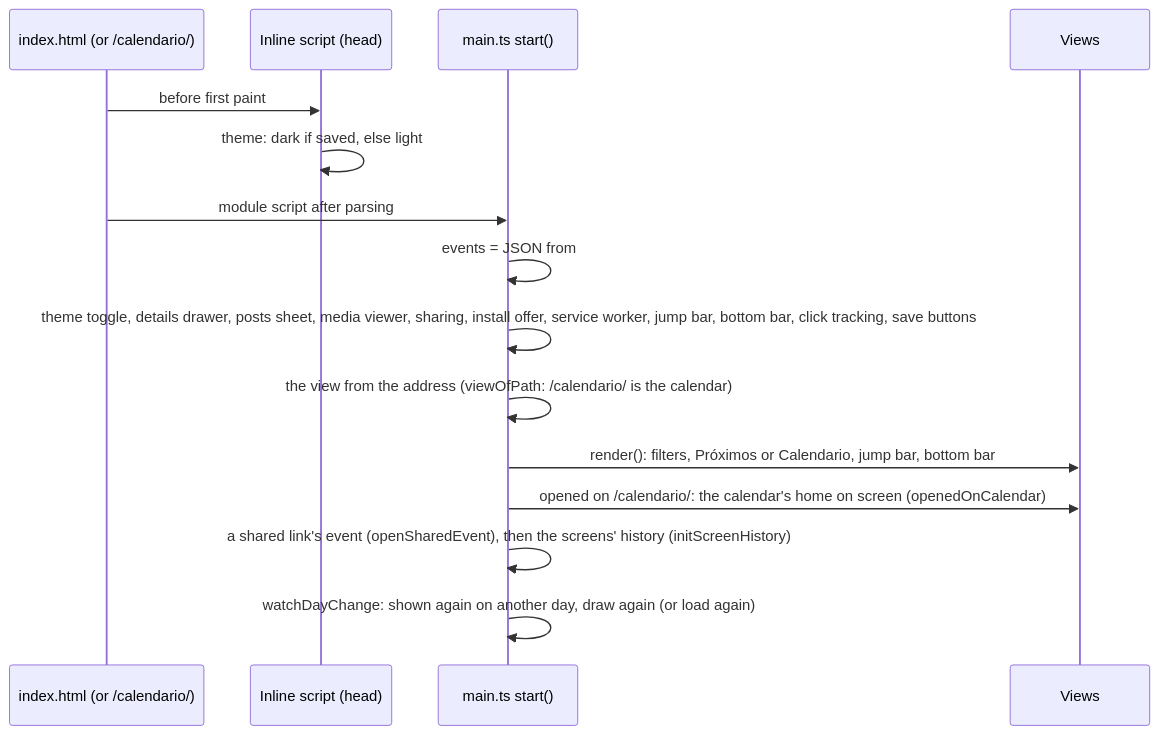
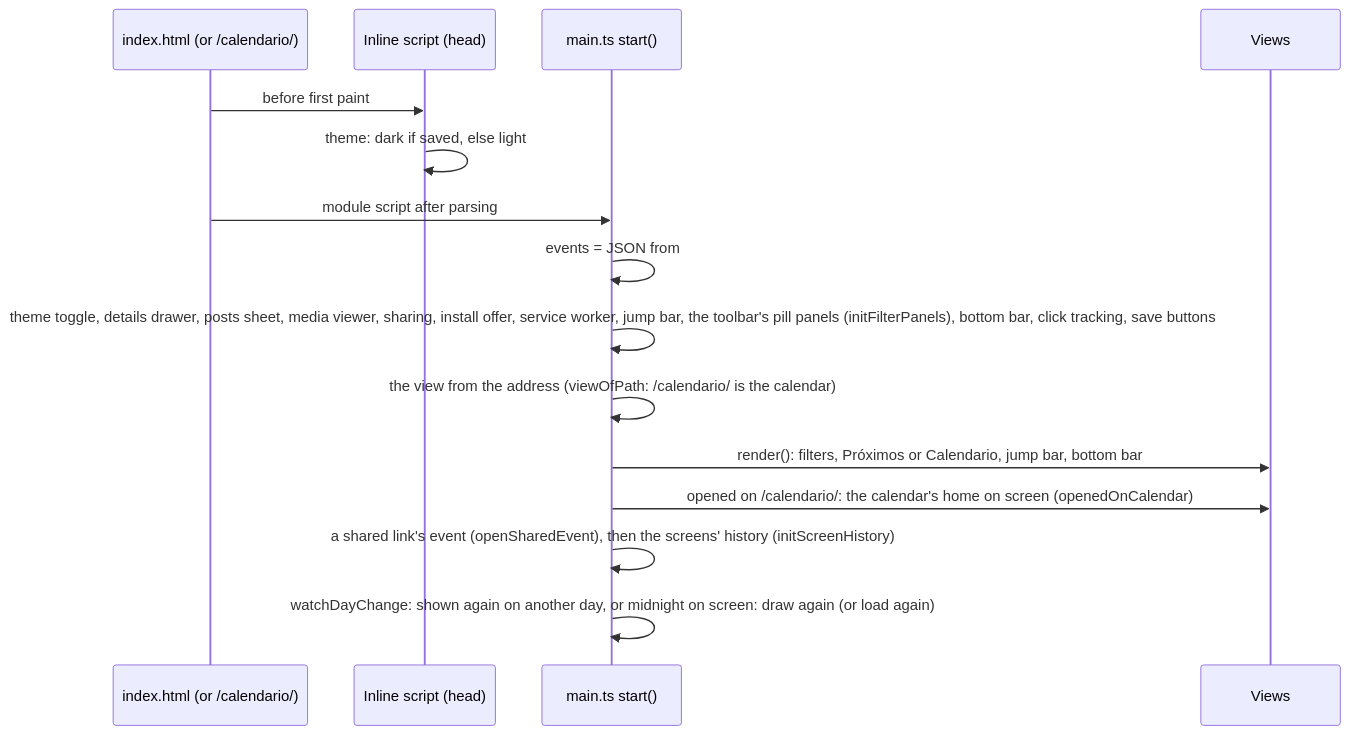
The sixth of 9 diagrams in docs/ARCHITECTURE.md (pa-bailar/pa-bailar.github.io), drawn with Mermaid before and after one commit. The commit also changed other lines of this file and 40 other files, not shown here.

First line of the commit message:
fix: second site review pass (filter panels, contrast, offline, midnight, names) and good practices (#111)

````diff
--- a/docs/ARCHITECTURE.md
+++ b/docs/ARCHITECTURE.md
@@ -335,18 +338,18 @@
 ```mermaid
 sequenceDiagram
     participant H as index.html (or /calendario/)
     participant I as Inline script (head)
     participant M as main.ts start()
     participant V as Views
 
     H->>I: before first paint
     I->>I: theme: dark if saved, else light
     H->>M: module script after parsing
     M->>M: events = JSON from #events-data
-    M->>M: theme toggle, details drawer, posts sheet, media viewer, sharing, install offer, service worker, jump bar, bottom bar, click tracking, save buttons
+    M->>M: theme toggle, details drawer, posts sheet, media viewer, sharing, install offer, service worker, jump bar, the toolbar's pill panels (initFilterPanels), bottom bar, click tracking, save buttons
     M->>M: the view from the address (viewOfPath: /calendario/ is the calendar)
     M->>V: render(): filters, Próximos or Calendario, jump bar, bottom bar
     M->>V: opened on /calendario/: the calendar's home on screen (openedOnCalendar)
     M->>M: a shared link's event (openSharedEvent), then the screens' history (initScreenHistory)
-    M->>M: watchDayChange: shown again on another day, draw again (or load again)
+    M->>M: watchDayChange: shown again on another day, or midnight on screen: draw again (or load again)
 ```
````
